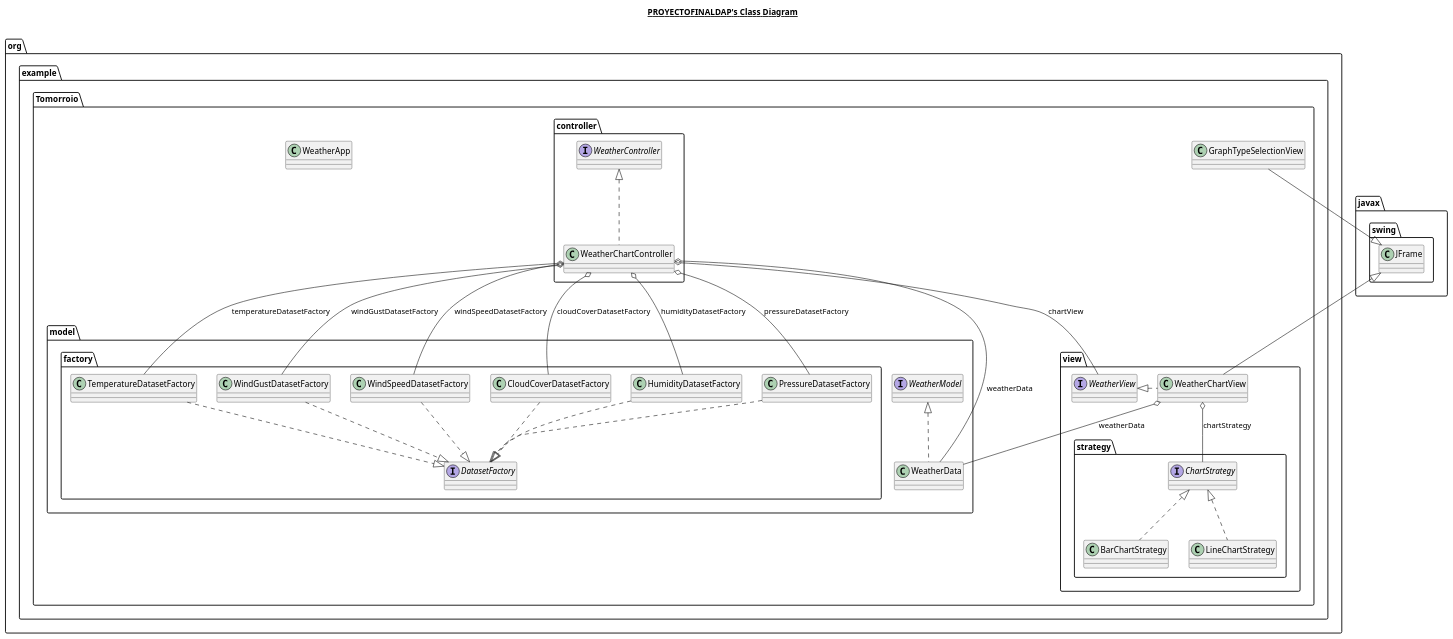
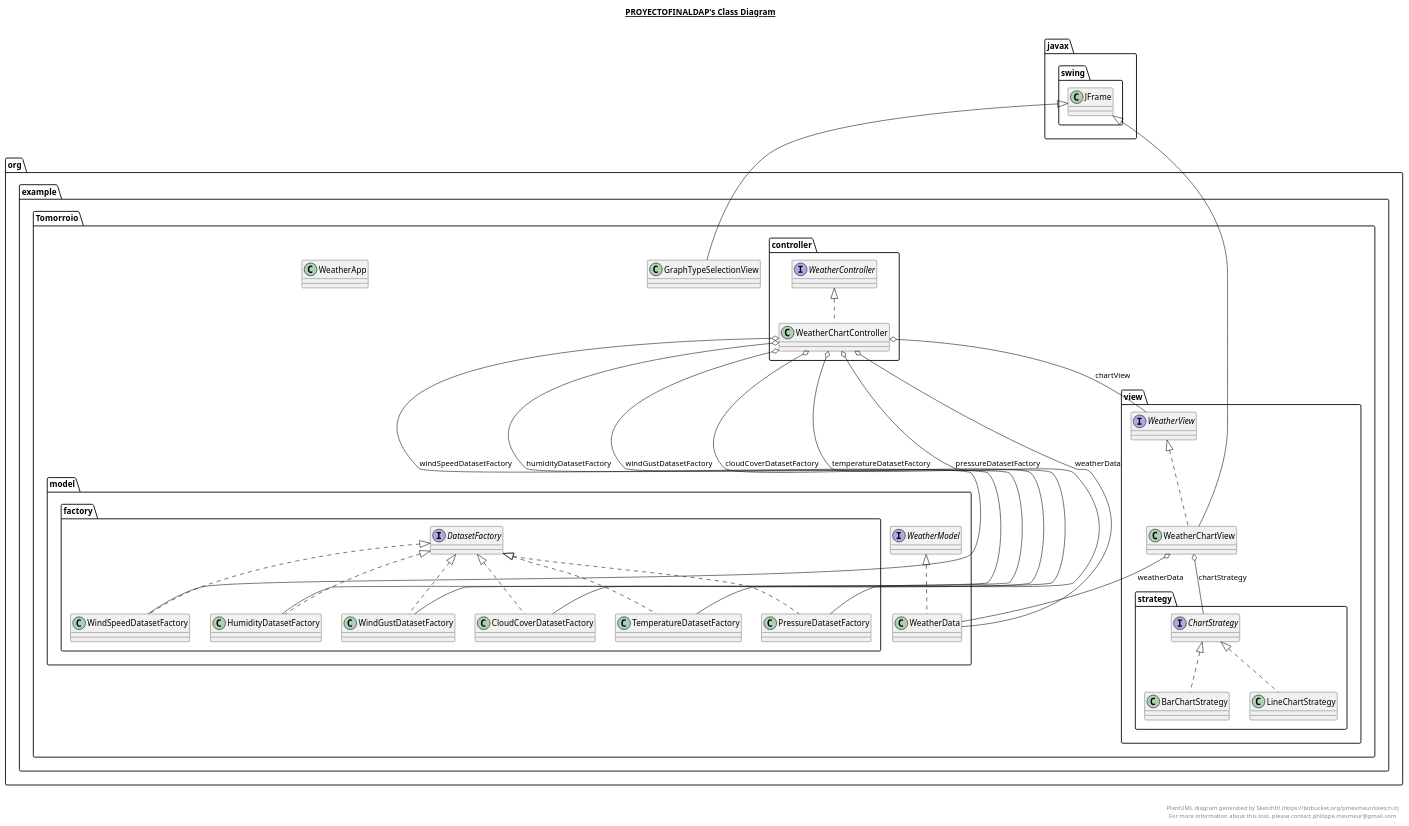
Before and after one commit to jordidogo/ProyectoFinalDAP: the diagram in ProyectoFinalDAP.plantuml, drawn with PlantUML. The commit also changed 18 other files, not shown here.

Commit message:
Editado Informe2.tex y editados Diagramas

```diff
--- a/ProyectoFinalDAP.plantuml
+++ b/ProyectoFinalDAP.plantuml
@@ -1,189 +1,197 @@
 @startuml
 
 title __PROYECTOFINALDAP's Class Diagram__\n
 
   namespace org.example.Tomorroio {
     class org.example.Tomorroio.GraphTypeSelectionView {
     }
   }
   
 
   namespace org.example.Tomorroio {
     class org.example.Tomorroio.WeatherApp {
     }
   }
   
 
   namespace org.example.Tomorroio {
     namespace controller {
       class org.example.Tomorroio.controller.WeatherChartController {
       }
     }
   }
   
 
   namespace org.example.Tomorroio {
     namespace controller {
       interface org.example.Tomorroio.controller.WeatherController {
       }
     }
   }
   
 
   namespace org.example.Tomorroio {
     namespace model {
       class org.example.Tomorroio.model.WeatherData {
       }
     }
   }
   
 
   namespace org.example.Tomorroio {
     namespace model {
       interface org.example.Tomorroio.model.WeatherModel {
       }
     }
   }
   
 
   namespace org.example.Tomorroio {
     namespace model {
       namespace factory {
         class org.example.Tomorroio.model.factory.CloudCoverDatasetFactory {
         }
       }
     }
   }
   
 
   namespace org.example.Tomorroio {
     namespace model {
       namespace factory {
         interface org.example.Tomorroio.model.factory.DatasetFactory {
         }
       }
     }
   }
   
 
   namespace org.example.Tomorroio {
     namespace model {
       namespace factory {
         class org.example.Tomorroio.model.factory.HumidityDatasetFactory {
         }
       }
     }
   }
   
 
   namespace org.example.Tomorroio {
     namespace model {
       namespace factory {
         class org.example.Tomorroio.model.factory.PressureDatasetFactory {
         }
       }
     }
   }
   
 
   namespace org.example.Tomorroio {
     namespace model {
       namespace factory {
         class org.example.Tomorroio.model.factory.TemperatureDatasetFactory {
         }
       }
     }
   }
   
 
   namespace org.example.Tomorroio {
     namespace model {
       namespace factory {
         class org.example.Tomorroio.model.factory.WindGustDatasetFactory {
         }
       }
     }
   }
   
 
   namespace org.example.Tomorroio {
     namespace model {
       namespace factory {
         class org.example.Tomorroio.model.factory.WindSpeedDatasetFactory {
         }
       }
     }
   }
   
 
   namespace org.example.Tomorroio {
     namespace view {
       class org.example.Tomorroio.view.WeatherChartView {
       }
     }
   }
   
 
   namespace org.example.Tomorroio {
     namespace view {
       interface org.example.Tomorroio.view.WeatherView {
       }
     }
   }
   
 
   namespace org.example.Tomorroio {
     namespace view {
       namespace strategy {
         class org.example.Tomorroio.view.strategy.BarChartStrategy {
         }
       }
     }
   }
   
 
   namespace org.example.Tomorroio {
     namespace view {
       namespace strategy {
         interface org.example.Tomorroio.view.strategy.ChartStrategy {
         }
       }
     }
   }
   
 
   namespace org.example.Tomorroio {
     namespace view {
       namespace strategy {
         class org.example.Tomorroio.view.strategy.LineChartStrategy {
         }
       }
     }
   }
   
 
-  org.example.Tomorroio.GraphTypeSelectionView -right-|> javax.swing.JFrame
+  org.example.Tomorroio.GraphTypeSelectionView -up-|> javax.swing.JFrame
   org.example.Tomorroio.controller.WeatherChartController .up.|> org.example.Tomorroio.controller.WeatherController
   org.example.Tomorroio.controller.WeatherChartController o-- org.example.Tomorroio.view.WeatherView : chartView
   org.example.Tomorroio.controller.WeatherChartController o-- org.example.Tomorroio.model.factory.CloudCoverDatasetFactory : cloudCoverDatasetFactory
   org.example.Tomorroio.controller.WeatherChartController o-- org.example.Tomorroio.model.factory.HumidityDatasetFactory : humidityDatasetFactory
   org.example.Tomorroio.controller.WeatherChartController o-- org.example.Tomorroio.model.factory.PressureDatasetFactory : pressureDatasetFactory
   org.example.Tomorroio.controller.WeatherChartController o-- org.example.Tomorroio.model.factory.TemperatureDatasetFactory : temperatureDatasetFactory
   org.example.Tomorroio.controller.WeatherChartController o-- org.example.Tomorroio.model.WeatherData : weatherData
   org.example.Tomorroio.controller.WeatherChartController o-- org.example.Tomorroio.model.factory.WindGustDatasetFactory : windGustDatasetFactory
   org.example.Tomorroio.controller.WeatherChartController o-- org.example.Tomorroio.model.factory.WindSpeedDatasetFactory : windSpeedDatasetFactory
   org.example.Tomorroio.model.WeatherData .up.|> org.example.Tomorroio.model.WeatherModel
-  org.example.Tomorroio.model.factory.CloudCoverDatasetFactory .down.|> org.example.Tomorroio.model.factory.DatasetFactory
-  org.example.Tomorroio.model.factory.HumidityDatasetFactory .down.|> org.example.Tomorroio.model.factory.DatasetFactory
-  org.example.Tomorroio.model.factory.PressureDatasetFactory .down.|> org.example.Tomorroio.model.factory.DatasetFactory
-  org.example.Tomorroio.model.factory.TemperatureDatasetFactory .down.|> org.example.Tomorroio.model.factory.DatasetFactory
-  org.example.Tomorroio.model.factory.WindGustDatasetFactory .down.|> org.example.Tomorroio.model.factory.DatasetFactory
-  org.example.Tomorroio.model.factory.WindSpeedDatasetFactory .down.|> org.example.Tomorroio.model.factory.DatasetFactory
-  org.example.Tomorroio.view.WeatherChartView .left.|> org.example.Tomorroio.view.WeatherView
+  org.example.Tomorroio.model.factory.CloudCoverDatasetFactory .up.|> org.example.Tomorroio.model.factory.DatasetFactory
+  org.example.Tomorroio.model.factory.HumidityDatasetFactory .up.|> org.example.Tomorroio.model.factory.DatasetFactory
+  org.example.Tomorroio.model.factory.PressureDatasetFactory .up.|> org.example.Tomorroio.model.factory.DatasetFactory
+  org.example.Tomorroio.model.factory.TemperatureDatasetFactory .up.|> org.example.Tomorroio.model.factory.DatasetFactory
+  org.example.Tomorroio.model.factory.WindGustDatasetFactory .up.|> org.example.Tomorroio.model.factory.DatasetFactory
+  org.example.Tomorroio.model.factory.WindSpeedDatasetFactory .up.|> org.example.Tomorroio.model.factory.DatasetFactory
+  org.example.Tomorroio.view.WeatherChartView .up.|> org.example.Tomorroio.view.WeatherView
   org.example.Tomorroio.view.WeatherChartView -up-|> javax.swing.JFrame
   org.example.Tomorroio.view.WeatherChartView o-- org.example.Tomorroio.view.strategy.ChartStrategy : chartStrategy
   org.example.Tomorroio.view.WeatherChartView o-- org.example.Tomorroio.model.WeatherData : weatherData
   org.example.Tomorroio.view.strategy.BarChartStrategy .up.|> org.example.Tomorroio.view.strategy.ChartStrategy
   org.example.Tomorroio.view.strategy.LineChartStrategy .up.|> org.example.Tomorroio.view.strategy.ChartStrategy
 
+
+right footer
+
+
+PlantUML diagram generated by SketchIt! (https://bitbucket.org/pmesmeur/sketch.it)
+For more information about this tool, please contact philippe.mesmeur@gmail.com
+endfooter
+
 @enduml
```
